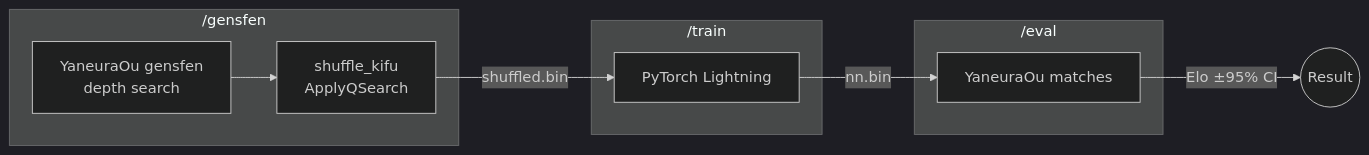
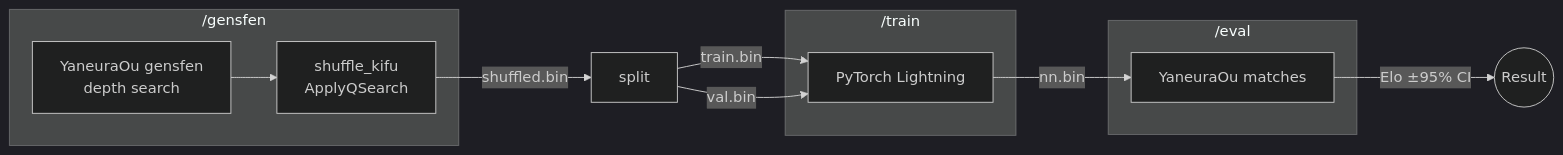
One commit to tkgstrator/kaguya changed the diagram in README.md. Above: the diagram before and after it, drawn with Mermaid (dark theme).

Commit message:
docs: add train/val split step to pipeline diagram

````diff
--- a/README.md
+++ b/README.md
@@ -11,16 +11,18 @@
 ```mermaid
 graph LR
   subgraph /gensfen
     A[YaneuraOu gensfen<br>depth search] --> B[shuffle_kifu<br>ApplyQSearch]
   end
   subgraph /train
     C[PyTorch Lightning]
   end
   subgraph /eval
     E[YaneuraOu matches]
   end
 
-  B -->|shuffled.bin| C
+  B -->|shuffled.bin| D[split]
+  D -->|train.bin| C
+  D -->|val.bin| C
   C -->|nn.bin| E
   E -->|Elo ±95% CI| F((Result))
 ```
````
